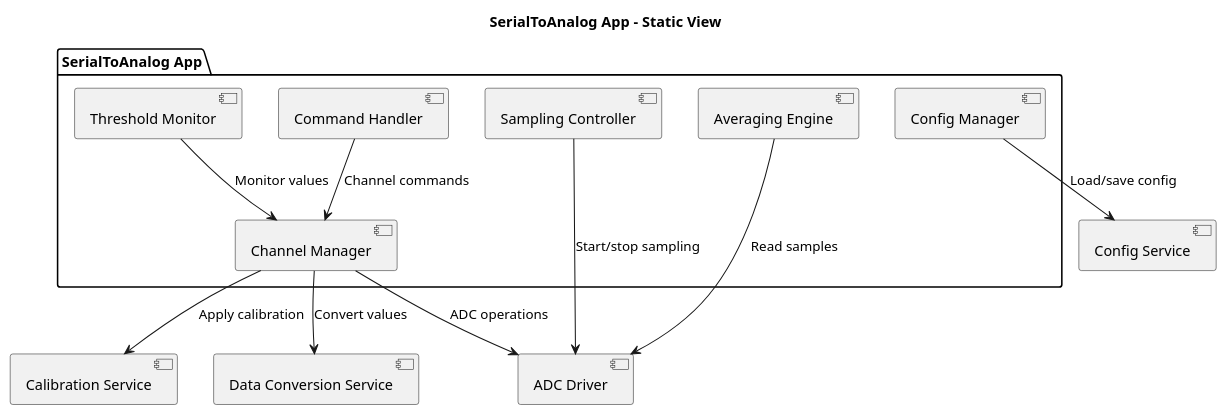
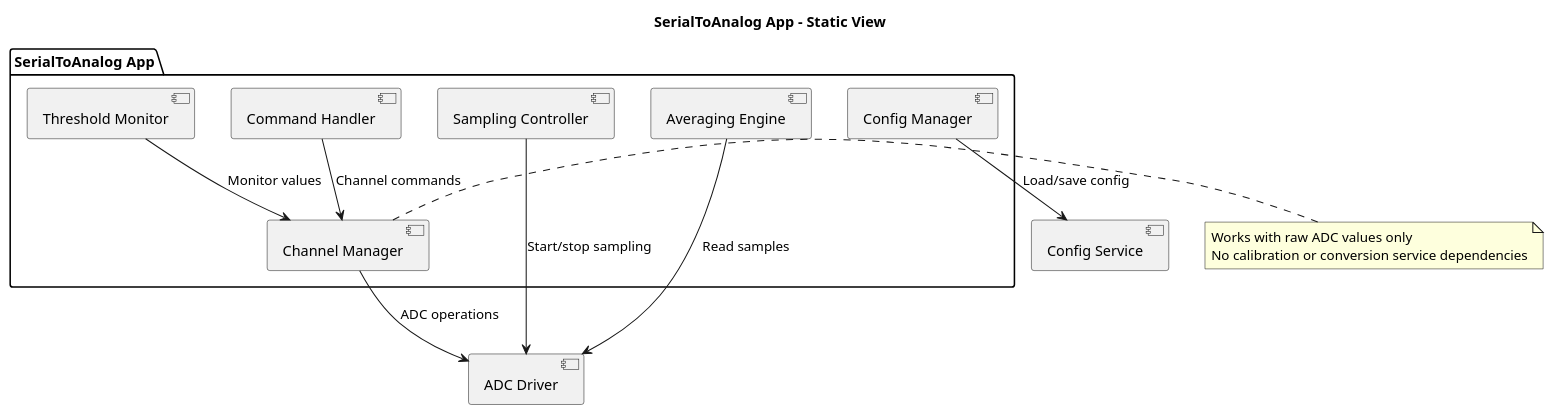
The diagram in 2_architecture/fucntionView/layer3Application/serialToAnalogApp/staticView.puml (LinhTrucVo/Bico_Protocol_Bridge), drawn with PlantUML before and after one commit. The commit also changed 13 other files, not shown here.

Commit message:
Calib and DataConvert feature related content the layer3

```diff
--- a/2_architecture/fucntionView/layer3Application/serialToAnalogApp/staticView.puml
+++ b/2_architecture/fucntionView/layer3Application/serialToAnalogApp/staticView.puml
@@ -1,28 +1,29 @@
 @startuml
 
 title SerialToAnalog App - Static View
 
 package "SerialToAnalog App" {
     [Command Handler] as cmdHandler
     [Channel Manager] as channelMgr
     [Sampling Controller] as samplingCtrl
     [Averaging Engine] as averaging
     [Threshold Monitor] as thresholdMon
     [Config Manager] as configMgr
 }
 
 [ADC Driver] as adcDriver
-[Calibration Service] as calibrationService
-[Data Conversion Service] as dataConversion
 [Config Service] as configService
 
 cmdHandler --> channelMgr : Channel commands
 channelMgr --> adcDriver : ADC operations
 samplingCtrl --> adcDriver : Start/stop sampling
 averaging --> adcDriver : Read samples
-channelMgr --> calibrationService : Apply calibration
-channelMgr --> dataConversion : Convert values
 thresholdMon --> channelMgr : Monitor values
 configMgr --> configService : Load/save config
 
+note right of channelMgr
+  Works with raw ADC values only
+  No calibration or conversion service dependencies
+end note
+
 @enduml
```
